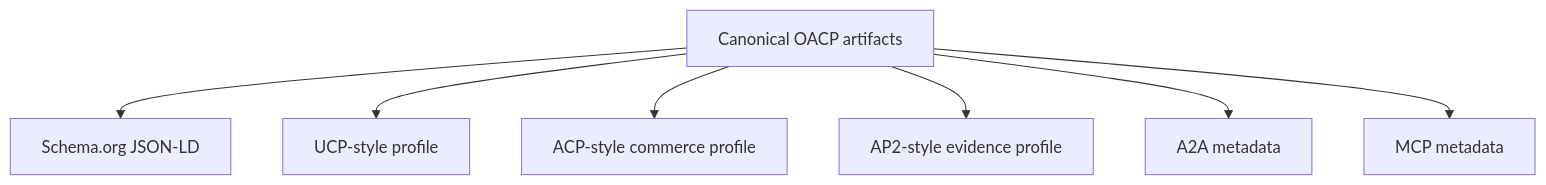
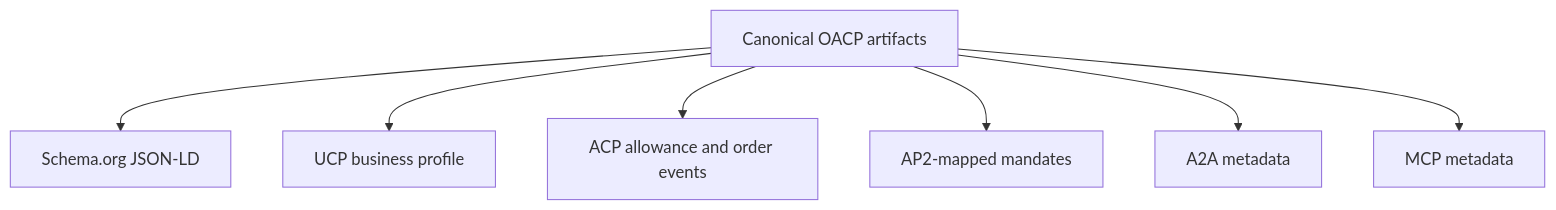
One commit to mishrasanjeev/grantex changed the diagram in docs/guides/oacp/explainers/protocol-partner-mappings.mdx. Above: the diagram before and after it, drawn with Mermaid. The commit also changed other lines of this file and 22 other files, not shown here.

````diff
--- a/docs/guides/oacp/explainers/protocol-partner-mappings.mdx
+++ b/docs/guides/oacp/explainers/protocol-partner-mappings.mdx
@@ -11,9 +11,9 @@
 ```mermaid
 flowchart TD
   canonical[Canonical OACP artifacts] --> schema[Schema.org JSON-LD]
-  canonical --> ucp[UCP-style profile]
-  canonical --> acp[ACP-style commerce profile]
-  canonical --> ap2[AP2-style evidence profile]
+  canonical --> ucp[UCP business profile]
+  canonical --> acp[ACP allowance and order events]
+  canonical --> ap2[AP2-mapped mandates]
   canonical --> a2a[A2A metadata]
   canonical --> mcp[MCP metadata]
 ```
````
